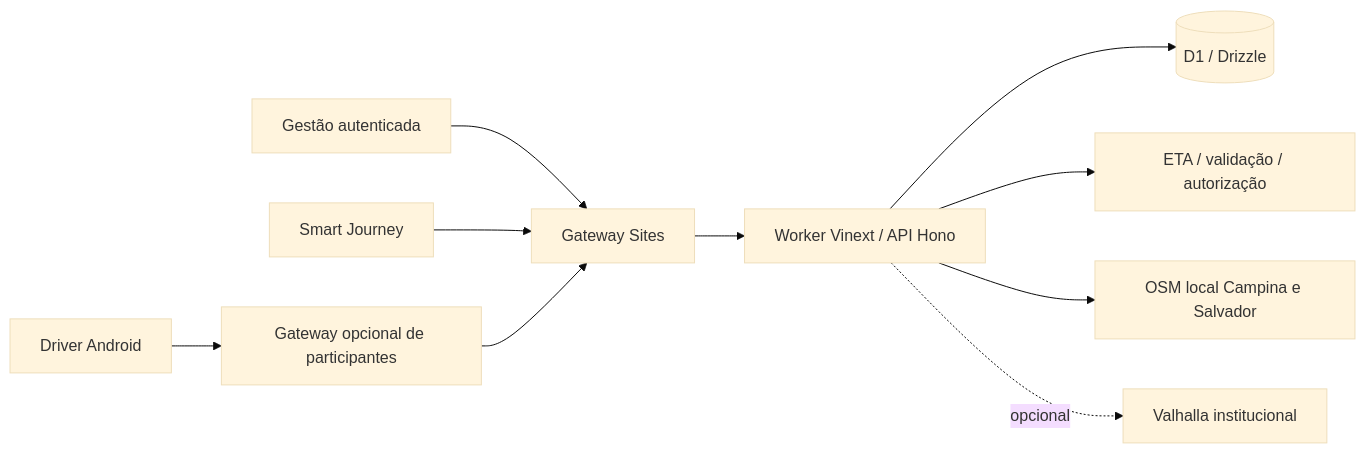
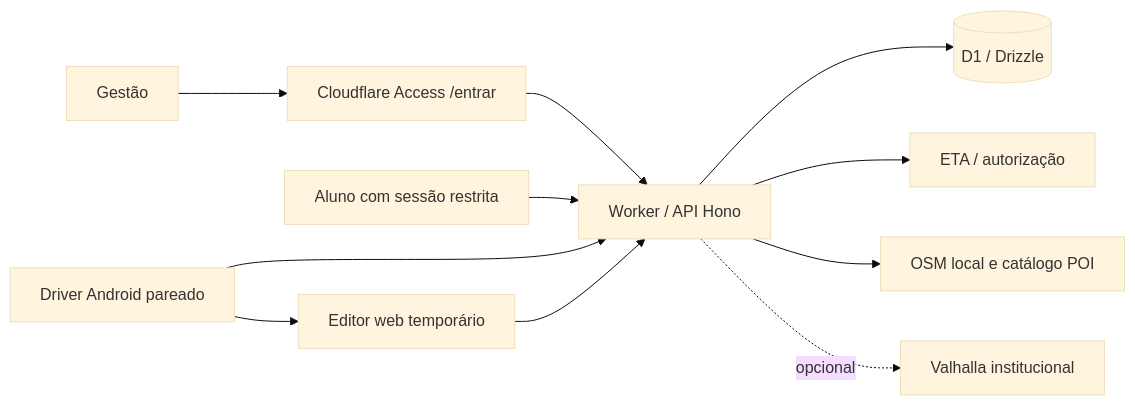
Before and after one commit to securityMaker488/Trackbus: the diagram in docs/ARCHITECTURE.md, drawn with Mermaid (base theme). The commit also changed other lines of this file and 50 other files, not shown here.

````diff
--- a/docs/ARCHITECTURE.md
+++ b/docs/ARCHITECTURE.md
@@ -4,12 +4,13 @@
 ```mermaid
 flowchart LR
-  Admin[Gestão autenticada] --> Gateway[Gateway Sites]
-  Aluno[Smart Journey] --> Gateway
-  Driver[Driver Android] --> Participantes[Gateway opcional de participantes]
-  Participantes --> Gateway
-  Gateway --> API[Worker Vinext / API Hono]
+  Admin[Gestão] --> Access[Cloudflare Access /entrar]
+  Access --> API[Worker / API Hono]
+  Aluno[Aluno com sessão restrita] --> API
+  Driver[Driver Android pareado] --> API
+  Driver --> Editor[Editor web temporário]
+  Editor --> API
   API --> D1[(D1 / Drizzle)]
-  API --> Dominio[ETA / validação / autorização]
-  API --> Rede[OSM local Campina e Salvador]
+  API --> Dominio[ETA / autorização]
+  API --> Geo[OSM local e catálogo POI]
   API -. opcional .-> Provedor[Valhalla institucional]
 ```
````
